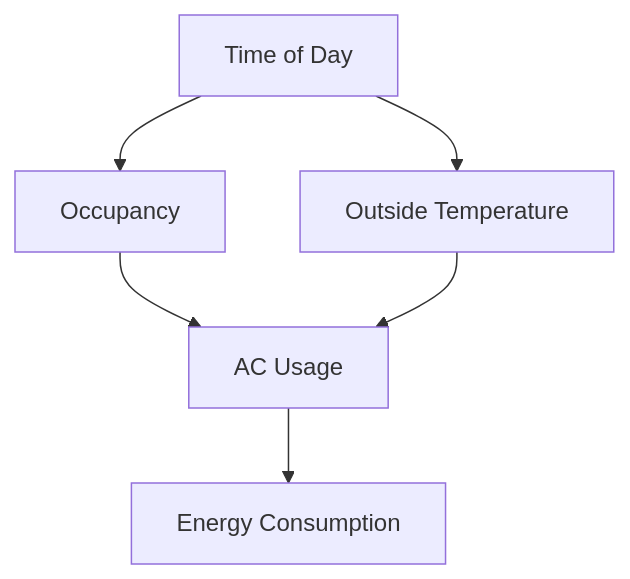
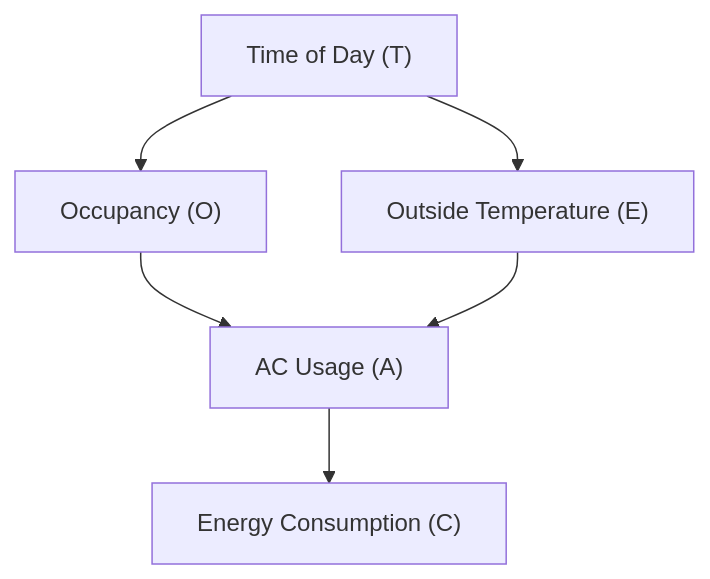
Before and after one commit to Chaklader/part-of-speech-tagging: the sixth of 12 diagrams in NOTE.md, drawn with Mermaid. The commit also changed other lines of this file, not shown here.

````diff
--- a/NOTE.md
+++ b/NOTE.md
@@ -3039,8 +3040,8 @@
 ```mermaid
 graph TD
-    T[Time of Day] --> O[Occupancy]
-    T --> E[Outside Temperature]
-    O --> A[AC Usage]
+    T["Time of Day (T)"] --> O["Occupancy (O)"]
+    T --> E["Outside Temperature (E)"]
+    O --> A["AC Usage (A)"]
     E --> A
-    A --> C[Energy Consumption]
+    A --> C["Energy Consumption (C)"]
 ```
````
